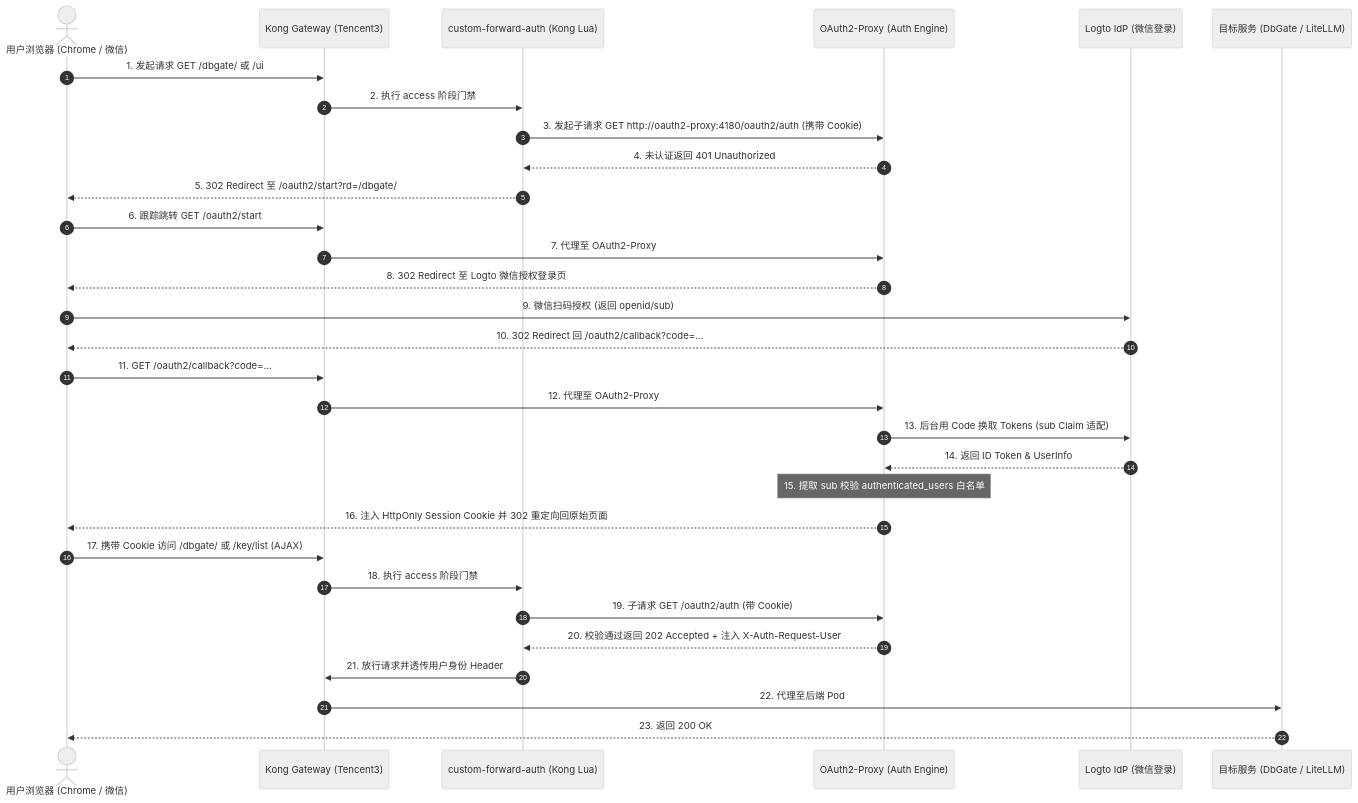
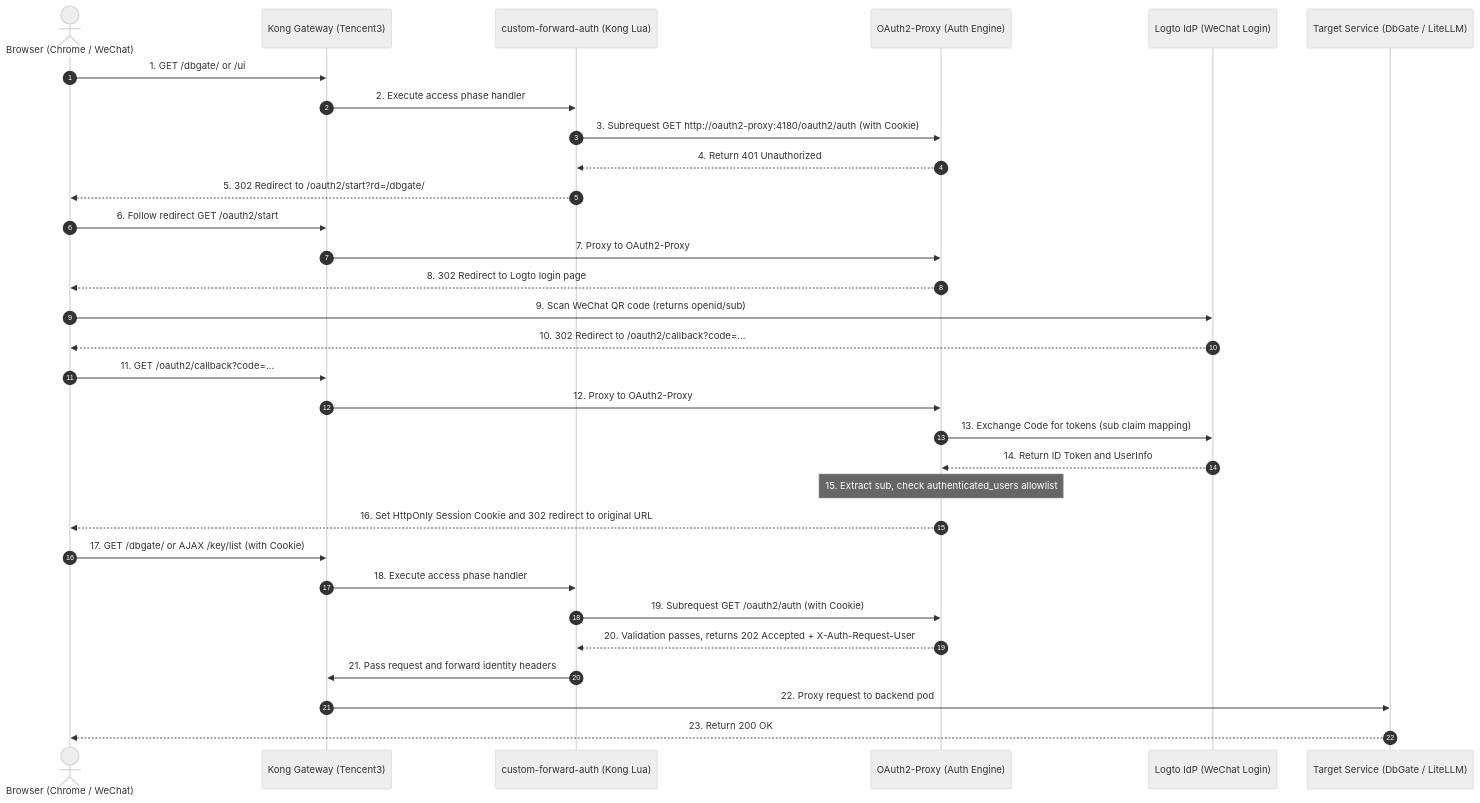
One commit to nvd11/my-argocd-manifests changed the diagram in docs/kong-logto-wechat-sso-plan.md. Above: the diagram before and after it, drawn with Mermaid (neutral theme). The commit also changed other lines of this file and 2 other files, not shown here.

````diff
--- a/docs/kong-logto-wechat-sso-plan.md
+++ b/docs/kong-logto-wechat-sso-plan.md
@@ -102,39 +102,39 @@
 ```mermaid
 sequenceDiagram
     autonumber
-    actor User as 用户浏览器 (Chrome / 微信)
+    actor User as Browser (Chrome / WeChat)
     participant Kong as Kong Gateway (Tencent3)
     participant Lua as custom-forward-auth (Kong Lua)
     participant Auth as OAuth2-Proxy (Auth Engine)
-    participant Logto as Logto IdP (微信登录)
-    participant Backend as 目标服务 (DbGate / LiteLLM)
+    participant Logto as Logto IdP (WeChat Login)
+    participant Backend as Target Service (DbGate / LiteLLM)
 
-    %% 1. 未登录访问
-    User->>Kong: 1. 发起请求 GET /dbgate/ 或 /ui
-    Kong->>Lua: 2. 执行 access 阶段门禁
-    Lua->>Auth: 3. 发起子请求 GET http://oauth2-proxy:4180/oauth2/auth (携带 Cookie)
-    Auth-->>Lua: 4. 未认证返回 401 Unauthorized
-    Lua-->>User: 5. 302 Redirect 至 /oauth2/start?rd=/dbgate/
-    User->>Kong: 6. 跟踪跳转 GET /oauth2/start
-    Kong->>Auth: 7. 代理至 OAuth2-Proxy
-    Auth-->>User: 8. 302 Redirect 至 Logto 微信授权登录页
+    %% 1. Unauthenticated Request
+    User->>Kong: 1. GET /dbgate/ or /ui
+    Kong->>Lua: 2. Execute access phase handler
+    Lua->>Auth: 3. Subrequest GET http://oauth2-proxy:4180/oauth2/auth (with Cookie)
+    Auth-->>Lua: 4. Return 401 Unauthorized
+    Lua-->>User: 5. 302 Redirect to /oauth2/start?rd=/dbgate/
+    User->>Kong: 6. Follow redirect GET /oauth2/start
+    Kong->>Auth: 7. Proxy to OAuth2-Proxy
+    Auth-->>User: 8. 302 Redirect to Logto login page
 
-    %% 2. 微信扫码与 ID Token 交换
-    User->>Logto: 9. 微信扫码授权 (返回 openid/sub)
-    Logto-->>User: 10. 302 Redirect 回 /oauth2/callback?code=...
+    %% 2. Login and Token Exchange
+    User->>Logto: 9. Scan WeChat QR code (returns openid/sub)
+    Logto-->>User: 10. 302 Redirect to /oauth2/callback?code=...
     User->>Kong: 11. GET /oauth2/callback?code=...
-    Kong->>Auth: 12. 代理至 OAuth2-Proxy
-    Auth->>Logto: 13. 后台用 Code 换取 Tokens (sub Claim 适配)
-    Logto-->>Auth: 14. 返回 ID Token & UserInfo
-    Note over Auth: 15. 提取 sub 校验 authenticated_users 白名单
-    Auth-->>User: 16. 注入 HttpOnly Session Cookie 并 302 重定向回原始页面
+    Kong->>Auth: 12. Proxy to OAuth2-Proxy
+    Auth->>Logto: 13. Exchange Code for tokens (sub claim mapping)
+    Logto-->>Auth: 14. Return ID Token and UserInfo
+    Note over Auth: 15. Extract sub, check authenticated_users allowlist
+    Auth-->>User: 16. Set HttpOnly Session Cookie and 302 redirect to original URL
 
-    %% 3. 已登录持续访问与 SPA 穿透
-    User->>Kong: 17. 携带 Cookie 访问 /dbgate/ 或 /key/list (AJAX)
-    Kong->>Lua: 18. 执行 access 阶段门禁
-    Lua->>Auth: 19. 子请求 GET /oauth2/auth (带 Cookie)
-    Auth-->>Lua: 20. 校验通过返回 202 Accepted + 注入 X-Auth-Request-User
-    Lua->>Kong: 21. 放行请求并透传用户身份 Header
-    Kong->>Backend: 22. 代理至后端 Pod
-    Backend-->>User: 23. 返回 200 OK
+    %% 3. Authenticated Access and SPA Passthrough
+    User->>Kong: 17. GET /dbgate/ or AJAX /key/list (with Cookie)
+    Kong->>Lua: 18. Execute access phase handler
+    Lua->>Auth: 19. Subrequest GET /oauth2/auth (with Cookie)
+    Auth-->>Lua: 20. Validation passes, returns 202 Accepted + X-Auth-Request-User
+    Lua->>Kong: 21. Pass request and forward identity headers
+    Kong->>Backend: 22. Proxy request to backend pod
+    Backend-->>User: 23. Return 200 OK
 ```
````
